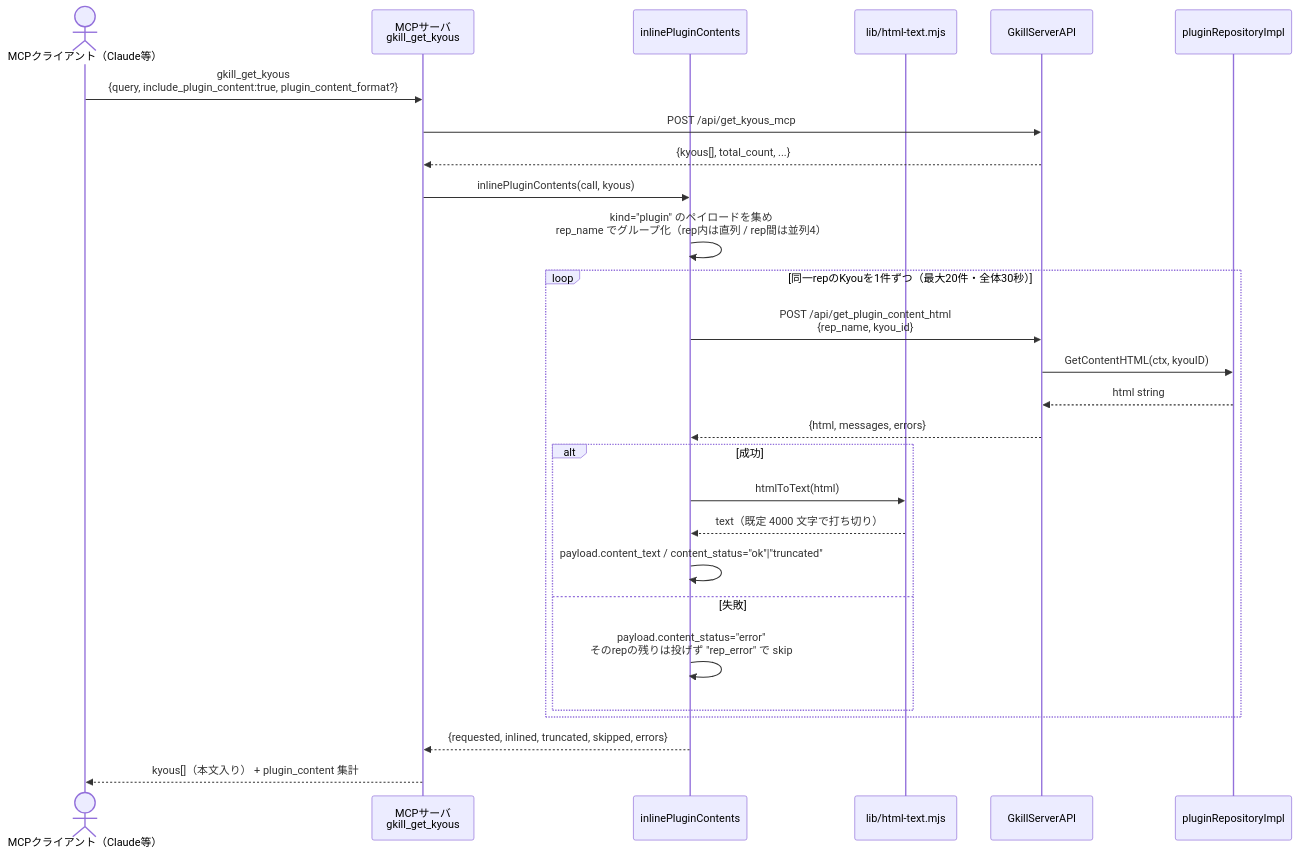
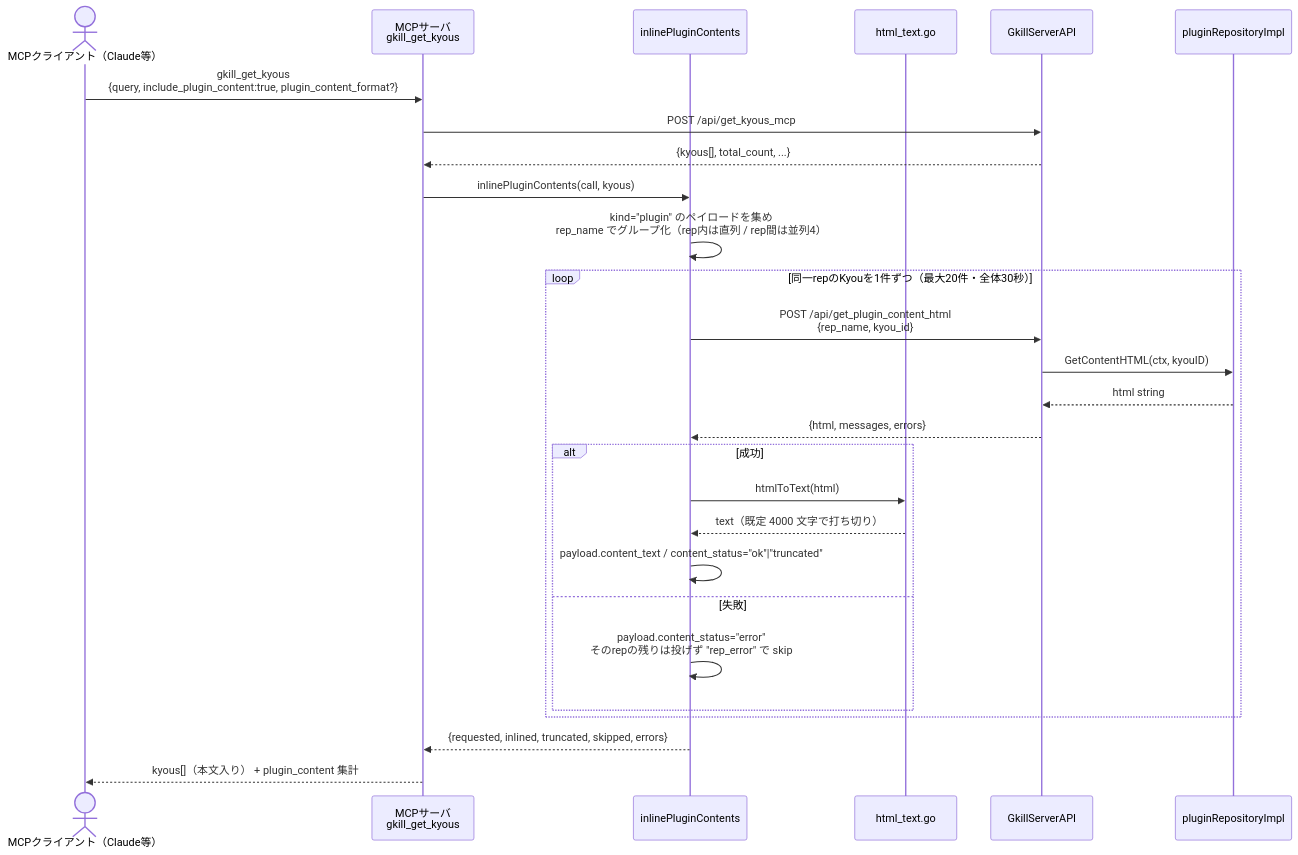
Before and after one commit to mt3hr/gkill: diagram 24 of 29 in documents/reverse/sequence-diagrams.md, drawn with Mermaid. The commit also changed other lines of this file and 251 other files, not shown here.

````diff
--- a/documents/reverse/sequence-diagrams.md
+++ b/documents/reverse/sequence-diagrams.md
@@ -898,30 +898,30 @@
 ```mermaid
 sequenceDiagram
     actor Client as MCPクライアント（Claude等）
     participant MCP as MCPサーバ<br>gkill_get_kyous
     participant IN as inlinePluginContents
-    participant HT as lib/html-text.mjs
+    participant HT as html_text.go
     participant API as GkillServerAPI
     participant PluginRepo as pluginRepositoryImpl
 
     Client->>MCP: gkill_get_kyous<br>{query, include_plugin_content:true, plugin_content_format?}
     MCP->>API: POST /api/get_kyous_mcp
     API-->>MCP: {kyous[], total_count, ...}
     MCP->>IN: inlinePluginContents(call, kyous)
     IN->>IN: kind="plugin" のペイロードを集め<br>rep_name でグループ化（rep内は直列 / rep間は並列4）
     loop 同一repのKyouを1件ずつ（最大20件・全体30秒）
         IN->>API: POST /api/get_plugin_content_html<br>{rep_name, kyou_id}
         API->>PluginRepo: GetContentHTML(ctx, kyouID)
         PluginRepo-->>API: html string
         API-->>IN: {html, messages, errors}
         alt 成功
             IN->>HT: htmlToText(html)
             HT-->>IN: text（既定 4000 文字で打ち切り）
             IN->>IN: payload.content_text / content_status="ok"|"truncated"
         else 失敗
             IN->>IN: payload.content_status="error"<br>そのrepの残りは投げず "rep_error" で skip
         end
     end
     IN-->>MCP: {requested, inlined, truncated, skipped, errors}
     MCP-->>Client: kyous[]（本文入り） + plugin_content 集計
 ```
````
